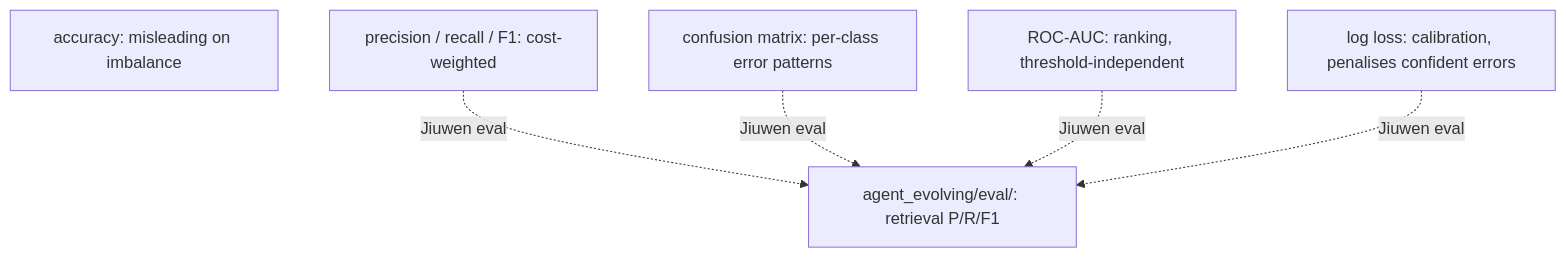
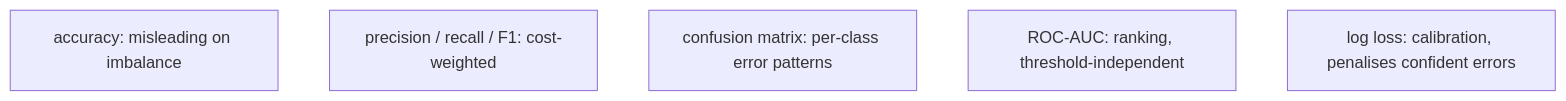
Before and after one commit to michaelatamuk/openjiuwen-knowledge: diagram 15 of 18 in content/topics/00-ml-foundations.md, drawn with Mermaid. The commit also changed other lines of this file and 57 other files, not shown here.

````diff
--- a/content/topics/00-ml-foundations.md
+++ b/content/topics/00-ml-foundations.md
@@ -450,9 +289,8 @@
 ```mermaid
 flowchart TD
     ACC["accuracy: misleading on imbalance"]
     PRF["precision / recall / F1: cost-weighted"]
     CM["confusion matrix: per-class error patterns"]
     ROC["ROC-AUC: ranking, threshold-independent"]
     LL["log loss: calibration, penalises confident errors"]
-    PRF & CM & ROC & LL -.->|"Jiuwen eval"| EV["agent_evolving/eval/: retrieval P/R/F1"]
 ```
````
